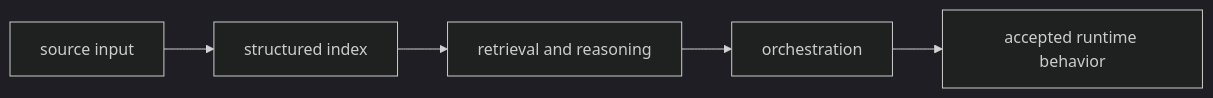
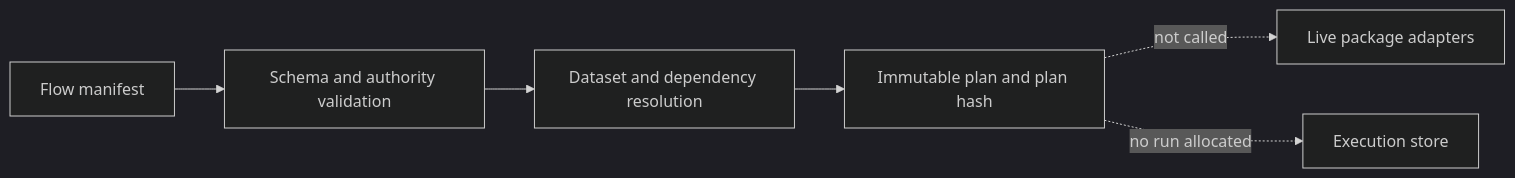
Before and after one commit to bijux/bijux.github.io: the second of 2 diagrams in docs/04-projects/bijux-canon/index.md, drawn with Mermaid (dark theme). The commit also changed other lines of this file, not shown here.

````diff
--- a/docs/04-projects/bijux-canon/index.md
+++ b/docs/04-projects/bijux-canon/index.md
@@ -102,7 +97,8 @@
 ```mermaid
-graph LR
-    input["source input"] --> structure["structured index"]
-    structure --> reasoning["retrieval and reasoning"]
-    reasoning --> orchestration["orchestration"]
-    orchestration --> runtime["accepted runtime behavior"]
+flowchart LR
+    manifest["Flow manifest"] --> validate["Schema and authority validation"]
+    validate --> resolve["Dataset and dependency resolution"]
+    resolve --> plan["Immutable plan and plan hash"]
+    plan -. not called .-> adapters["Live package adapters"]
+    plan -. no run allocated .-> store["Execution store"]
 ```
````
